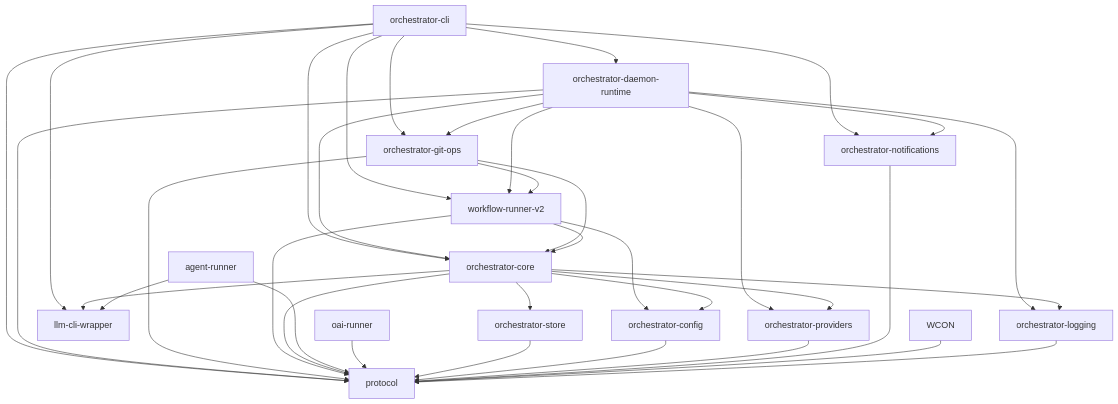
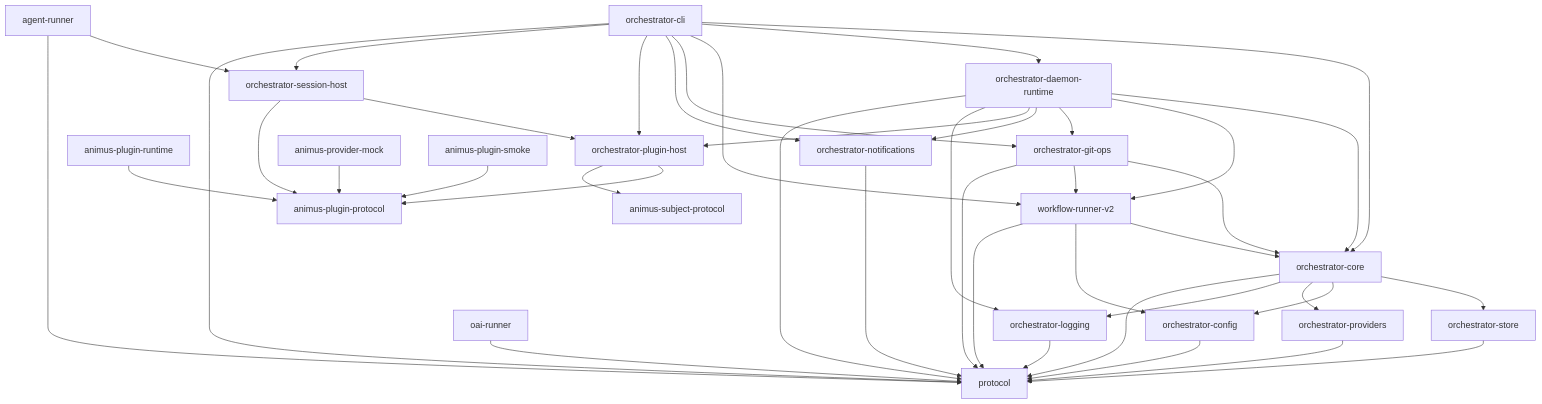
One commit to launchapp-dev/ao-cli changed the diagram in docs/architecture/index.md. Above: the diagram before and after it, drawn with Mermaid. The commit also changed other lines of this file and 27 other files, not shown here.

````diff
--- a/docs/architecture/index.md
+++ b/docs/architecture/index.md
@@ -9,60 +20,74 @@
 ```mermaid
 graph TD
     CLI[orchestrator-cli]
     CORE[orchestrator-core]
     PROTO[protocol]
     STORE[orchestrator-store]
     CONFIG[orchestrator-config]
     DAEMON[orchestrator-daemon-runtime]
     WR[workflow-runner-v2]
     AR[agent-runner]
-    LLM[llm-cli-wrapper]
+    SESSION[orchestrator-session-host]
+    PLUGIN_HOST[orchestrator-plugin-host]
+    PLUGIN_PROTO[animus-plugin-protocol]
+    PLUGIN_RUNTIME[animus-plugin-runtime]
+    SUBJECT_PROTO[animus-subject-protocol]
     OAI[oai-runner]
     PROV[orchestrator-providers]
     NOTIF[orchestrator-notifications]
     GIT[orchestrator-git-ops]
     LOG[orchestrator-logging]
+    MOCK[animus-provider-mock]
+    SMOKE[animus-plugin-smoke]
 
     CLI --> CORE
     CLI --> DAEMON
     CLI --> WR
     CLI --> GIT
     CLI --> NOTIF
-    CLI --> LLM
+    CLI --> PLUGIN_HOST
+    CLI --> SESSION
     CLI --> PROTO
 
     DAEMON --> CORE
     DAEMON --> WR
     DAEMON --> GIT
     DAEMON --> NOTIF
-    DAEMON --> PROV
+    DAEMON --> PLUGIN_HOST
     DAEMON --> LOG
     DAEMON --> PROTO
-
-    GIT --> CORE
-    GIT --> WR
-    GIT --> PROTO
 
     WR --> CORE
     WR --> CONFIG
     WR --> PROTO
 
+    AR --> SESSION
+    AR --> PROTO
+
+    SESSION --> PLUGIN_HOST
+    SESSION --> PLUGIN_PROTO
+
+    PLUGIN_HOST --> PLUGIN_PROTO
+    PLUGIN_HOST --> SUBJECT_PROTO
+
     CORE --> STORE
     CORE --> CONFIG
     CORE --> PROV
-    CORE --> LLM
     CORE --> LOG
     CORE --> PROTO
 
-    AR --> LLM
-    AR --> PROTO
-
     OAI --> PROTO
+    GIT --> CORE
+    GIT --> WR
+    GIT --> PROTO
 
     STORE --> PROTO
     CONFIG --> PROTO
     PROV --> PROTO
     NOTIF --> PROTO
-    WCON --> PROTO
     LOG --> PROTO
+
+    PLUGIN_RUNTIME --> PLUGIN_PROTO
+    MOCK --> PLUGIN_PROTO
+    SMOKE --> PLUGIN_PROTO
 ```
````
